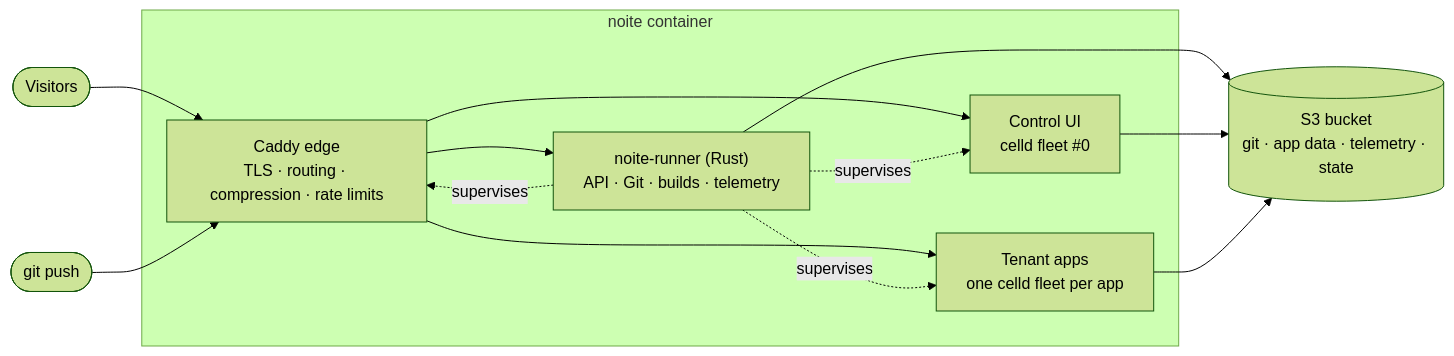
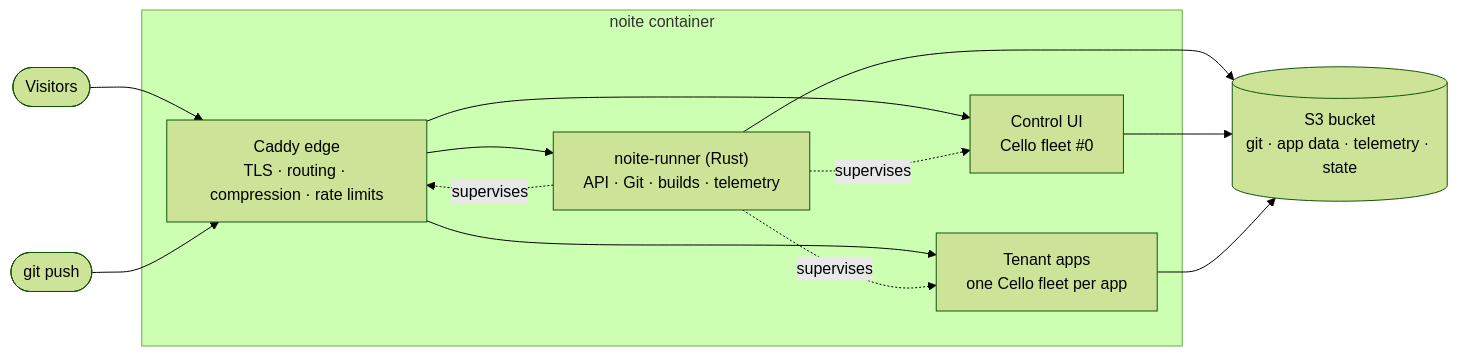
Before and after one commit to ryuzcorp/noite: the diagram in README.md, drawn with Mermaid (forest theme). The commit also changed other lines of this file and 104 other files, not shown here.

````diff
--- a/README.md
+++ b/README.md
@@ -113,20 +113,20 @@
 ```mermaid
 flowchart LR
   user([Visitors]) --> caddy
   dev([git push]) --> caddy
   subgraph noite["noite container"]
     caddy["Caddy edge<br/>TLS · routing · compression · rate limits"]
     runner["noite-runner (Rust)<br/>API · Git · builds · telemetry"]
-    control["Control UI<br/>celld fleet #0"]
-    fleets["Tenant apps<br/>one celld fleet per app"]
+    control["Control UI<br/>Cello fleet #0"]
+    fleets["Tenant apps<br/>one Cello fleet per app"]
     caddy --> control
     caddy --> runner
     caddy --> fleets
     runner -. supervises .-> caddy
     runner -. supervises .-> control
     runner -. supervises .-> fleets
   end
   runner --> bucket[("S3 bucket<br/>git · app data · telemetry · state")]
   control --> bucket
   fleets --> bucket
 ```
````
